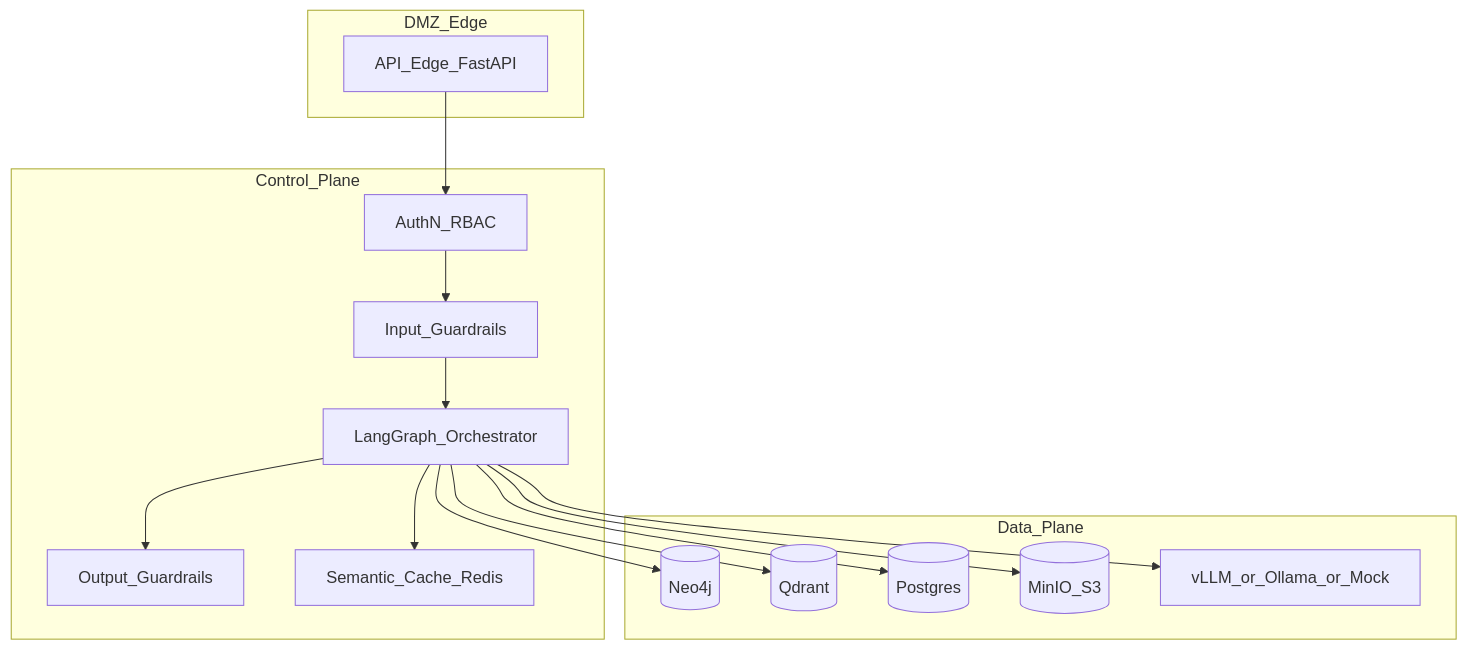
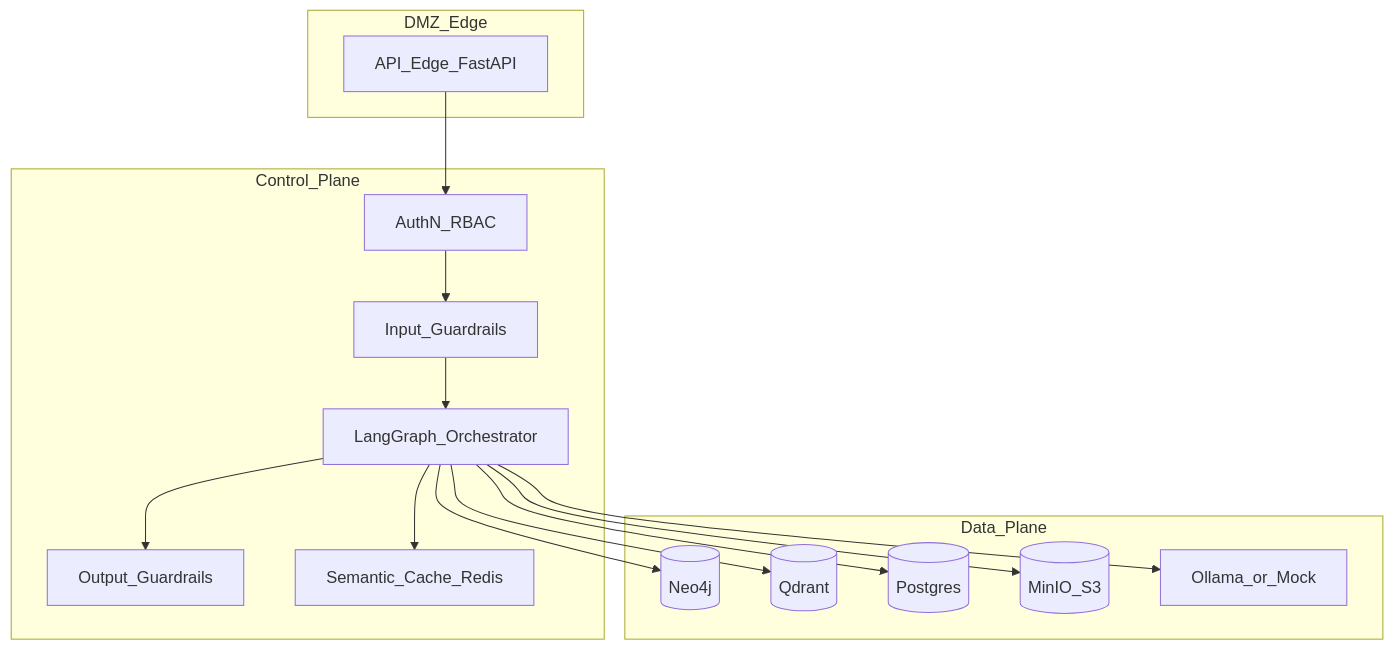
One commit to YuesIt17/yuit-docs-ai-architect-platform changed the diagram in docs/architecture/c4-container.md. Above: the diagram before and after it, drawn with Mermaid. The commit also changed other lines of this file and 40 other files, not shown here.

````diff
--- a/docs/architecture/c4-container.md
+++ b/docs/architecture/c4-container.md
@@ -21,27 +21,27 @@
 ```mermaid
 flowchart TB
   subgraph edge [DMZ_Edge]
     GW[API_Edge_FastAPI]
   end
   subgraph control [Control_Plane]
     Auth[AuthN_RBAC]
     IG[Input_Guardrails]
     Orch[LangGraph_Orchestrator]
     OG[Output_Guardrails]
     Cache[Semantic_Cache_Redis]
   end
   subgraph data [Data_Plane]
     Neo4j[(Neo4j)]
     Qdrant[(Qdrant)]
     PG[(Postgres)]
     MinIO[(MinIO_S3)]
-    LLM[vLLM_or_Ollama_or_Mock]
+    LLM[Ollama_or_Mock]
   end
   GW --> Auth --> IG --> Orch --> OG
   Orch --> Cache
   Orch --> Neo4j
   Orch --> Qdrant
   Orch --> MinIO
   Orch --> LLM
   Orch --> PG
 ```
````
